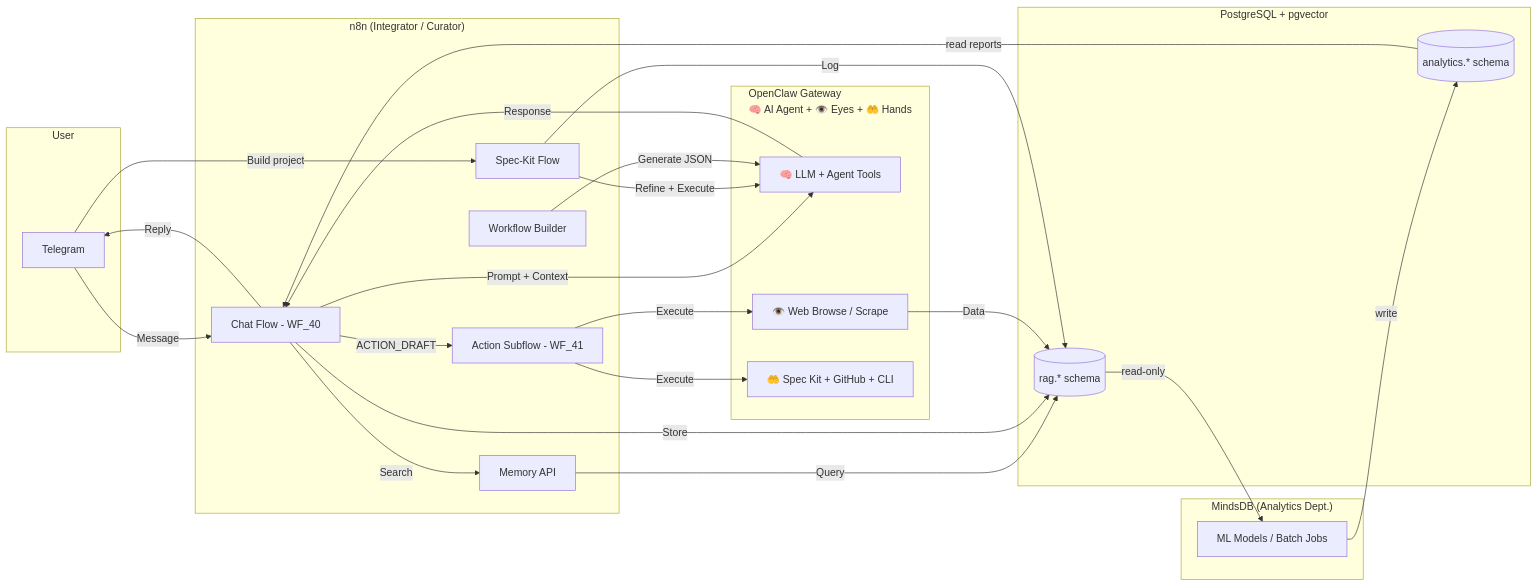
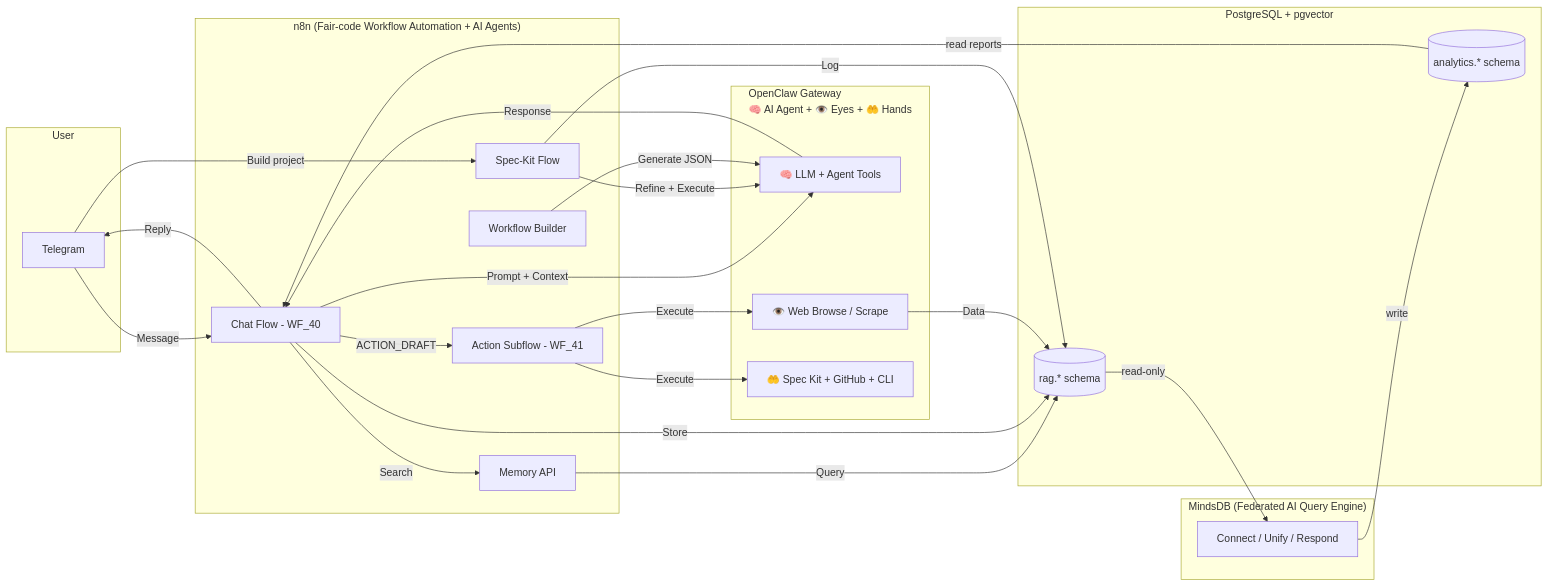
One commit to HonzaHezina/janAGI changed the diagram in README.md. Above: the diagram before and after it, drawn with Mermaid. The commit also changed other lines of this file and 8 other files, not shown here.

````diff
--- a/README.md
+++ b/README.md
@@ -28,53 +28,53 @@
 ```mermaid
 flowchart LR
   subgraph User
     TG[Telegram]
   end
 
-  subgraph Integrator["n8n (Integrator / Curator)"]
+  subgraph Integrator["n8n (Fair-code Workflow Automation + AI Agents)"]
     CHAT[Chat Flow - WF_40]
     ACTION[Action Subflow - WF_41]
     SPEC[Spec-Kit Flow]
     MEM_API[Memory API]
     BUILDER[Workflow Builder]
   end
 
   subgraph Data["PostgreSQL + pgvector"]
     RAG[(rag.* schema)]
     ANA[(analytics.* schema)]
   end
 
   subgraph Agent["OpenClaw Gateway
   🧠 AI Agent + 👁️ Eyes + 🤲 Hands"]
     LLM[🧠 LLM + Agent Tools]
     WEB[👁️ Web Browse / Scrape]
     TOOLS[🤲 Spec Kit + GitHub + CLI]
   end
 
-  subgraph Analytics["MindsDB (Analytics Dept.)"]
-    ML[ML Models / Batch Jobs]
+  subgraph DataFed["MindsDB (Federated AI Query Engine)"]
+    ML[Connect / Unify / Respond]
   end
 
   TG -->|Message| CHAT
   CHAT -->|Search| MEM_API
   MEM_API -->|Query| RAG
   CHAT -->|Prompt + Context| LLM
   LLM -->|Response| CHAT
   CHAT -->|Store| RAG
   CHAT -->|Reply| TG
 
   CHAT -->|ACTION_DRAFT| ACTION
   ACTION -->|Execute| WEB
   ACTION -->|Execute| TOOLS
   WEB -->|Data| RAG
 
   TG -->|"Build project"| SPEC
   SPEC -->|Refine + Execute| LLM
   SPEC -->|Log| RAG
 
   BUILDER -->|Generate JSON| LLM
 
   RAG -->|read-only| ML
   ML -->|write| ANA
   ANA -->|read reports| CHAT
 ```
````
